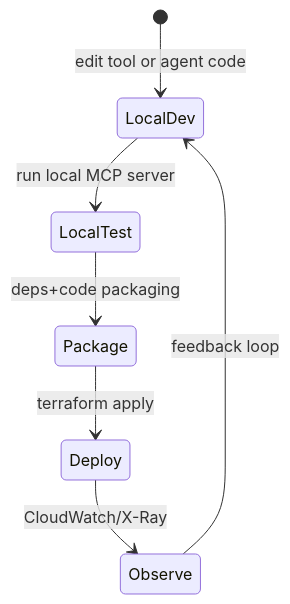
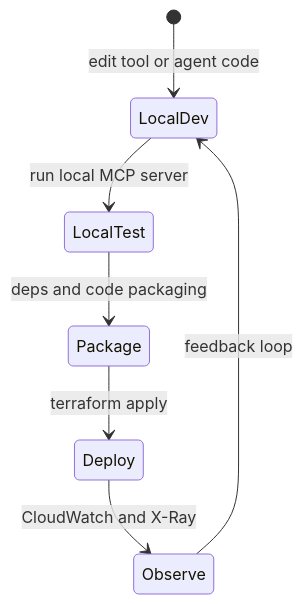
One commit to j3brns/tf-harness-acore changed the second of 4 diagrams in README.md. Above: the diagram before and after it, drawn with Mermaid. The commit also changed other lines of this file, not shown here.

Commit message:
fix: mermaid rendering errors and enhance technical detail in README

````diff
--- a/README.md
+++ b/README.md
@@ -55,9 +55,9 @@
 ```mermaid
 stateDiagram-v2
     [*] --> LocalDev: edit tool or agent code
     LocalDev --> LocalTest: run local MCP server
-    LocalTest --> Package: deps+code packaging
+    LocalTest --> Package: deps and code packaging
     Package --> Deploy: terraform apply
-    Deploy --> Observe: CloudWatch/X-Ray
+    Deploy --> Observe: CloudWatch and X-Ray
     Observe --> LocalDev: feedback loop
 ```
````
